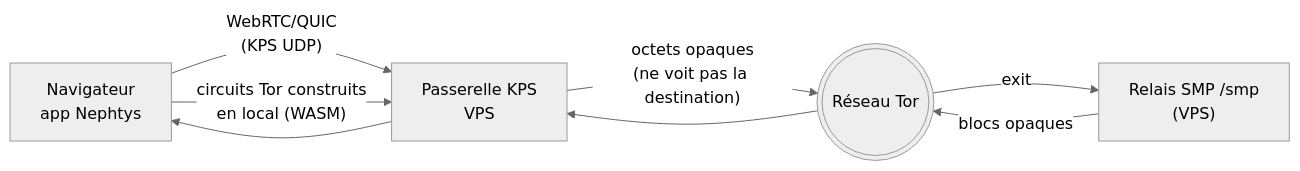
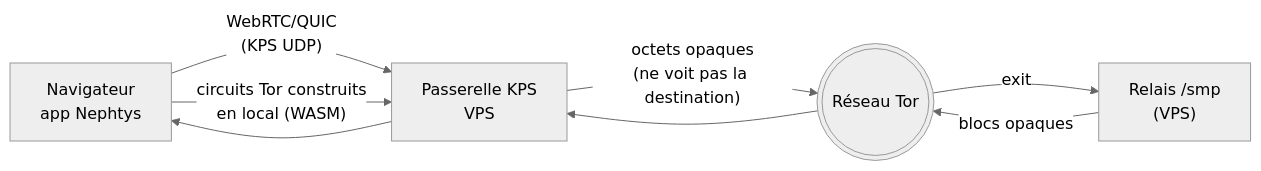
One commit to JemaOS/Nephtys changed the diagram in README.md. Above: the diagram before and after it, drawn with Mermaid (neutral theme). The commit also changed other lines of this file, not shown here.

````diff
--- a/README.md
+++ b/README.md
@@ -38,10 +38,10 @@
 ```mermaid
 flowchart LR
   B[Navigateur<br/>app Nephtys] -- WebRTC/QUIC<br/>(KPS UDP) --> G[Passerelle KPS<br/>VPS]
   B -- "circuits Tor construits\nen local (WASM)" --> G
   G -- "octets opaques\n(ne voit pas la destination)" --> T(((Réseau Tor)))
-  T -- exit --> S["Relais SMP /smp<br/>(VPS)"]
+  T -- exit --> S["Relais /smp<br/>(VPS)"]
   S -- blocs opaques --> T
   T --> G
   G --> B
 ```
````
